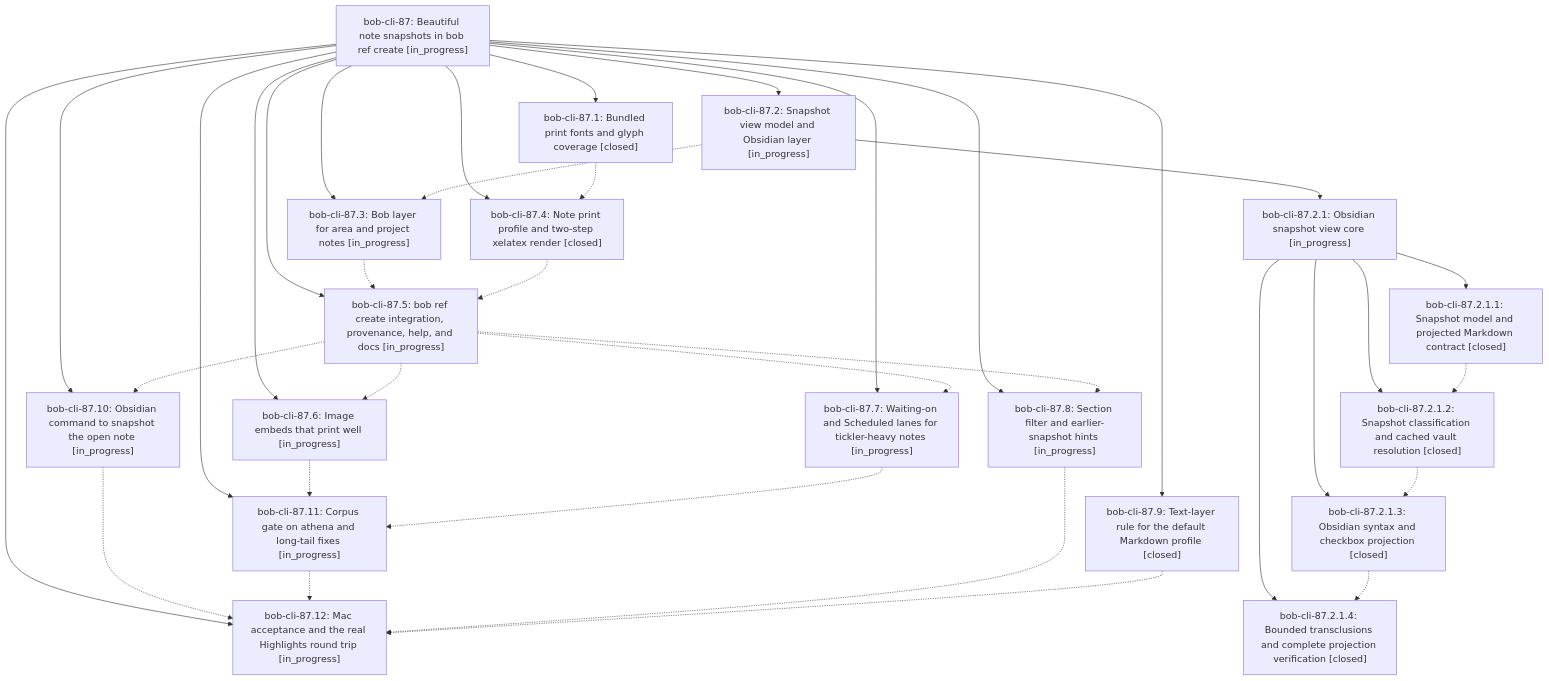
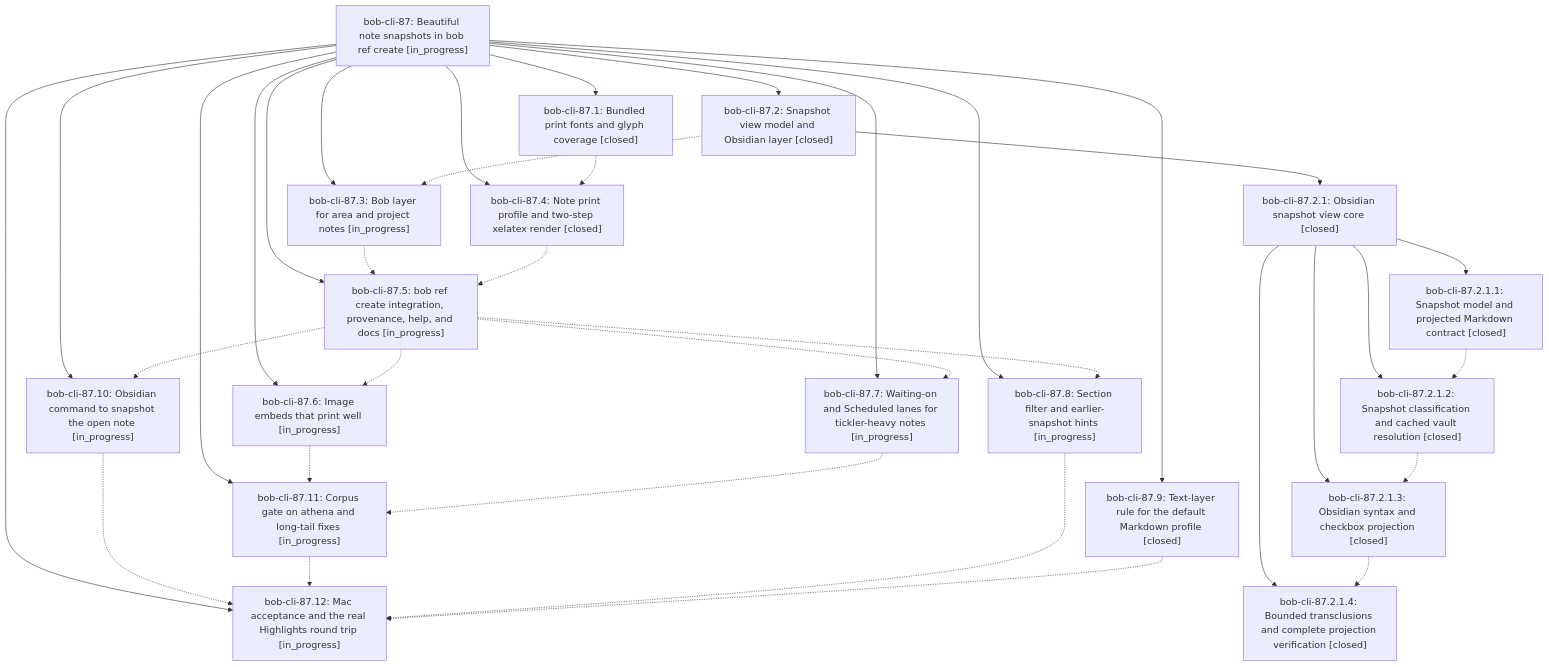
The diagram in pages/bob-cli-87/README.md (bobs-org/bob-cli--beads), drawn with Mermaid before and after one commit. The commit also changed other lines of this file and 4 other files, not shown here.

First line of the commit message:
chore(beads): sync bead state and pages for bob-cli-87

````diff
--- a/pages/bob-cli-87/README.md
+++ b/pages/bob-cli-87/README.md
@@ -47,55 +47,55 @@
 ```mermaid
 flowchart TD
     n0["bob-cli-87: Beautiful note snapshots in bob ref create [in_progress]"]
     n1["bob-cli-87.1: Bundled print fonts and glyph coverage [closed]"]
     n2["bob-cli-87.10: Obsidian command to snapshot the open note [in_progress]"]
     n3["bob-cli-87.11: Corpus gate on athena and long-tail fixes [in_progress]"]
     n4["bob-cli-87.12: Mac acceptance and the real Highlights round trip [in_progress]"]
-    n5["bob-cli-87.2: Snapshot view model and Obsidian layer [in_progress]"]
-    n6["bob-cli-87.2.1: Obsidian snapshot view core [in_progress]"]
+    n5["bob-cli-87.2: Snapshot view model and Obsidian layer [closed]"]
+    n6["bob-cli-87.2.1: Obsidian snapshot view core [closed]"]
     n7["bob-cli-87.2.1.1: Snapshot model and projected Markdown contract [closed]"]
     n8["bob-cli-87.2.1.2: Snapshot classification and cached vault resolution [closed]"]
     n9["bob-cli-87.2.1.3: Obsidian syntax and checkbox projection [closed]"]
     n10["bob-cli-87.2.1.4: Bounded transclusions and complete projection verification [closed]"]
     n11["bob-cli-87.3: Bob layer for area and project notes [in_progress]"]
     n12["bob-cli-87.4: Note print profile and two-step xelatex render [closed]"]
     n13["bob-cli-87.5: bob ref create integration, provenance, help, and docs [in_progress]"]
     n14["bob-cli-87.6: Image embeds that print well [in_progress]"]
     n15["bob-cli-87.7: Waiting-on and Scheduled lanes for tickler-heavy notes [in_progress]"]
     n16["bob-cli-87.8: Section filter and earlier-snapshot hints [in_progress]"]
     n17["bob-cli-87.9: Text-layer rule for the default Markdown profile [closed]"]
     n0 --> n1
     n0 --> n2
     n0 --> n3
     n0 --> n4
     n0 --> n5
     n5 --> n6
     n6 --> n7
     n6 --> n8
     n6 --> n9
     n6 --> n10
     n0 --> n11
     n0 --> n12
     n0 --> n13
     n0 --> n14
     n0 --> n15
     n0 --> n16
     n0 --> n17
     n1 -.-> n12
     n2 -.-> n4
     n3 -.-> n4
     n5 -.-> n11
     n7 -.-> n8
     n8 -.-> n9
     n9 -.-> n10
     n11 -.-> n13
     n12 -.-> n13
     n13 -.-> n2
     n13 -.-> n14
     n13 -.-> n15
     n13 -.-> n16
     n14 -.-> n3
     n15 -.-> n3
     n16 -.-> n4
     n17 -.-> n4
 ```
````
